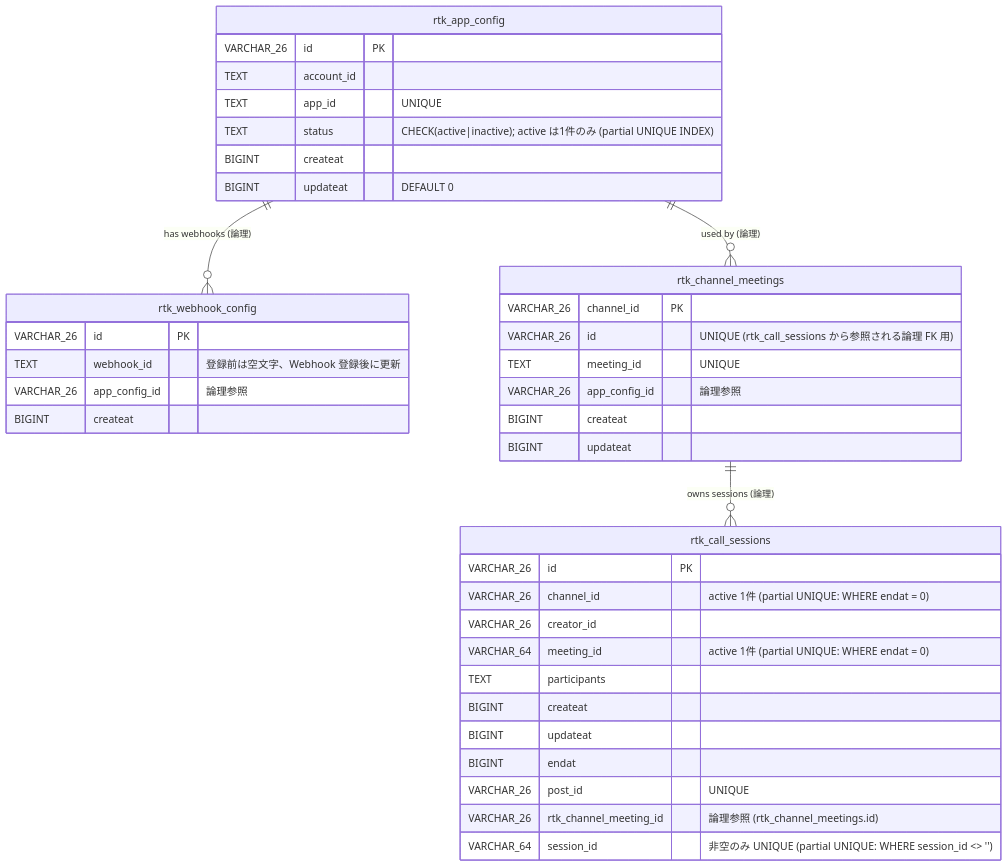
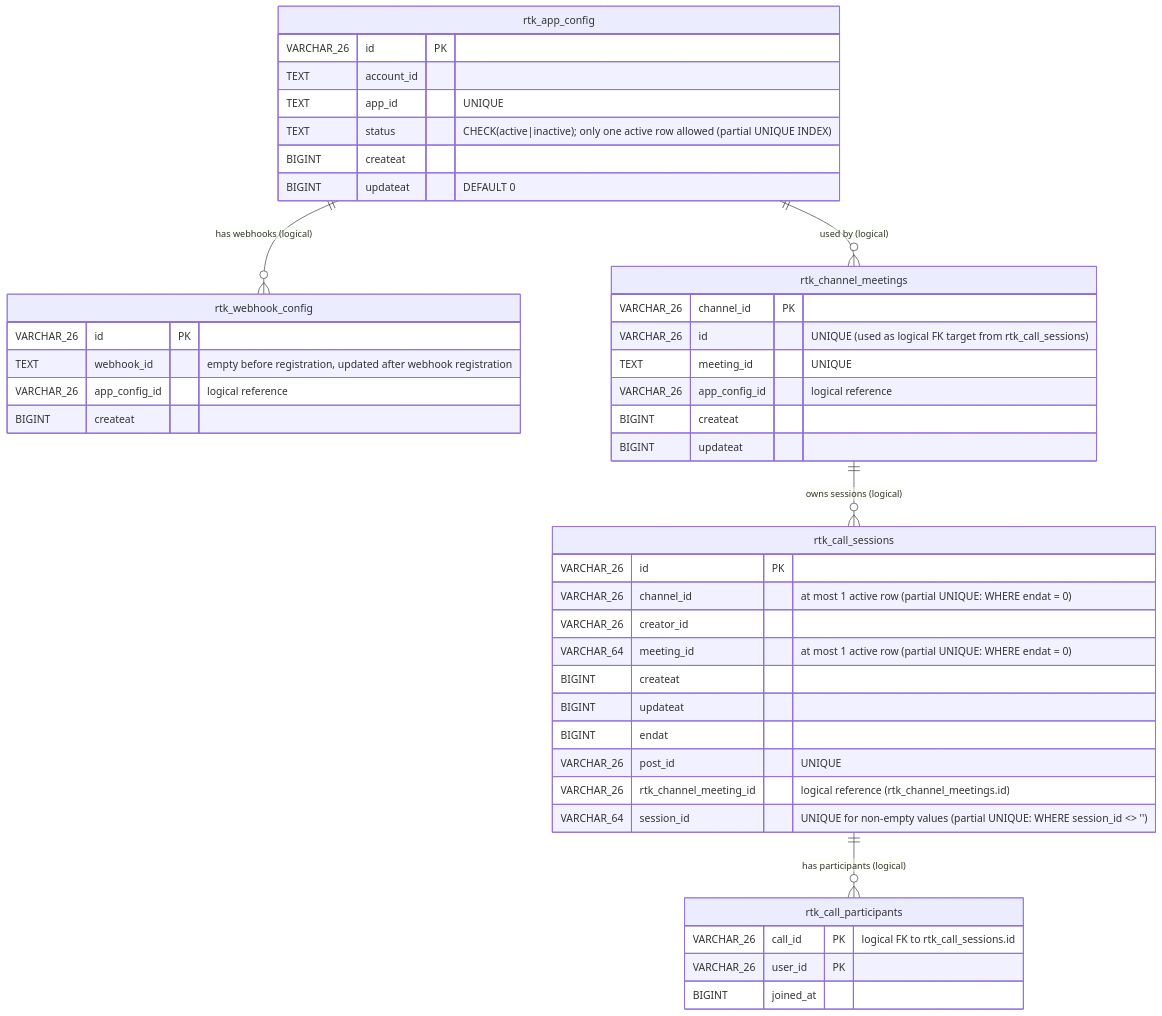
The diagram in docs/er-diagram.md (kondo97/mattermost-plugin-rtk), drawn with Mermaid before and after one commit. The commit also changed other lines of this file and 24 other files, not shown here.

````diff
--- a/docs/er-diagram.md
+++ b/docs/er-diagram.md
@@ -5,45 +5,51 @@
 ```mermaid
 erDiagram
     rtk_app_config {
         VARCHAR_26 id PK
         TEXT       account_id
         TEXT       app_id "UNIQUE"
-        TEXT       status "CHECK(active|inactive); active は1件のみ (partial UNIQUE INDEX)"
+        TEXT       status "CHECK(active|inactive); only one active row allowed (partial UNIQUE INDEX)"
         BIGINT     createat
         BIGINT     updateat "DEFAULT 0"
     }
 
     rtk_webhook_config {
         VARCHAR_26 id PK
-        TEXT       webhook_id "登録前は空文字、Webhook 登録後に更新"
-        VARCHAR_26 app_config_id "論理参照"
+        TEXT       webhook_id "empty before registration, updated after webhook registration"
+        VARCHAR_26 app_config_id "logical reference"
         BIGINT     createat
     }
 
     rtk_channel_meetings {
         VARCHAR_26 channel_id PK
-        VARCHAR_26 id "UNIQUE (rtk_call_sessions から参照される論理 FK 用)"
+        VARCHAR_26 id "UNIQUE (used as logical FK target from rtk_call_sessions)"
         TEXT       meeting_id "UNIQUE"
-        VARCHAR_26 app_config_id "論理参照"
+        VARCHAR_26 app_config_id "logical reference"
         BIGINT     createat
         BIGINT     updateat
     }
 
     rtk_call_sessions {
         VARCHAR_26 id PK
-        VARCHAR_26 channel_id "active 1件 (partial UNIQUE: WHERE endat = 0)"
+        VARCHAR_26 channel_id "at most 1 active row (partial UNIQUE: WHERE endat = 0)"
         VARCHAR_26 creator_id
-        VARCHAR_64 meeting_id "active 1件 (partial UNIQUE: WHERE endat = 0)"
-        TEXT       participants
+        VARCHAR_64 meeting_id "at most 1 active row (partial UNIQUE: WHERE endat = 0)"
         BIGINT     createat
         BIGINT     updateat
         BIGINT     endat
         VARCHAR_26 post_id "UNIQUE"
-        VARCHAR_26 rtk_channel_meeting_id "論理参照 (rtk_channel_meetings.id)"
-        VARCHAR_64 session_id "非空のみ UNIQUE (partial UNIQUE: WHERE session_id <> '')"
+        VARCHAR_26 rtk_channel_meeting_id "logical reference (rtk_channel_meetings.id)"
+        VARCHAR_64 session_id "UNIQUE for non-empty values (partial UNIQUE: WHERE session_id <> '')"
     }
 
-    rtk_app_config       ||--o{ rtk_webhook_config    : "has webhooks (論理)"
-    rtk_app_config       ||--o{ rtk_channel_meetings  : "used by (論理)"
-    rtk_channel_meetings ||--o{ rtk_call_sessions     : "owns sessions (論理)"
+    rtk_call_participants {
+        VARCHAR_26 call_id PK "logical FK to rtk_call_sessions.id"
+        VARCHAR_26 user_id PK
+        BIGINT     joined_at
+    }
+
+    rtk_app_config       ||--o{ rtk_webhook_config    : "has webhooks (logical)"
+    rtk_app_config       ||--o{ rtk_channel_meetings  : "used by (logical)"
+    rtk_channel_meetings ||--o{ rtk_call_sessions     : "owns sessions (logical)"
+    rtk_call_sessions    ||--o{ rtk_call_participants : "has participants (logical)"
 ```
````
